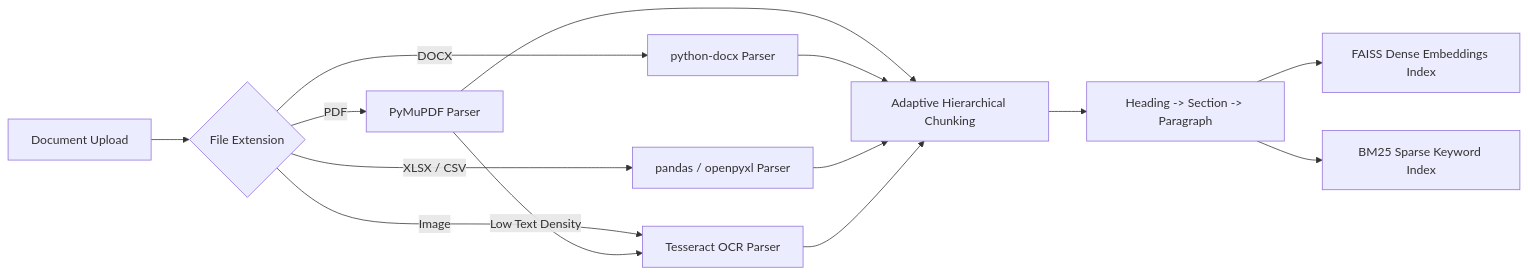
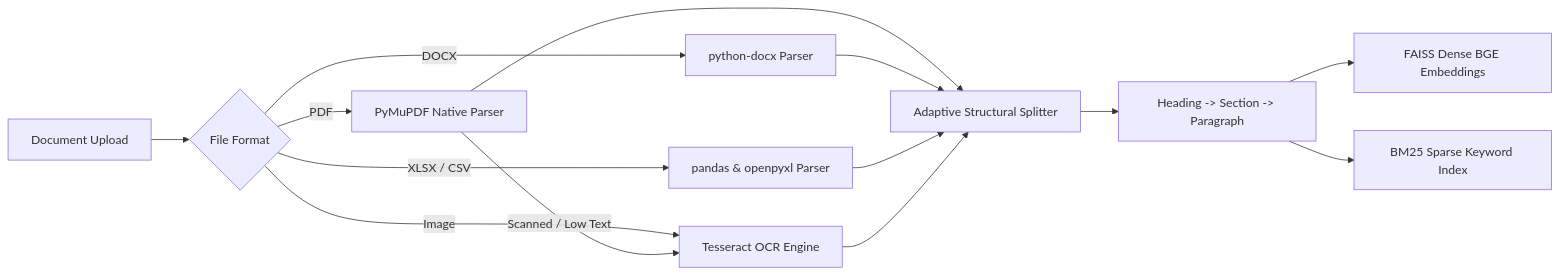
One commit to G1r1shCodes/DocIntel changed the first of 2 diagrams in README.md. Above: the diagram before and after it, drawn with Mermaid. The commit also changed other lines of this file and 3 other files, not shown here.

Commit message:
docs: remove SVG files, restore original Architecture Diagram.png, and enhance README structure

````diff
--- a/README.md
+++ b/README.md
@@ -52,16 +54,16 @@
 ```mermaid
 flowchart LR
-    A[Document Upload] --> B{File Extension}
-    B -->|PDF| C[PyMuPDF Parser]
+    A[Document Upload] --> B{File Format}
+    B -->|PDF| C[PyMuPDF Native Parser]
     B -->|DOCX| D[python-docx Parser]
-    B -->|XLSX / CSV| E[pandas / openpyxl Parser]
-    B -->|Image| F[Tesseract OCR Parser]
-    C -->|Low Text Density| F
-    C --> G[Adaptive Hierarchical Chunking]
+    B -->|XLSX / CSV| E[pandas & openpyxl Parser]
+    B -->|Image| F[Tesseract OCR Engine]
+    C -->|Scanned / Low Text| F
+    C --> G[Adaptive Structural Splitter]
     D --> G
     E --> G
     F --> G
     G --> H[Heading -> Section -> Paragraph]
-    H --> I[FAISS Dense Embeddings Index]
+    H --> I[FAISS Dense BGE Embeddings]
     H --> J[BM25 Sparse Keyword Index]
 ```
````
